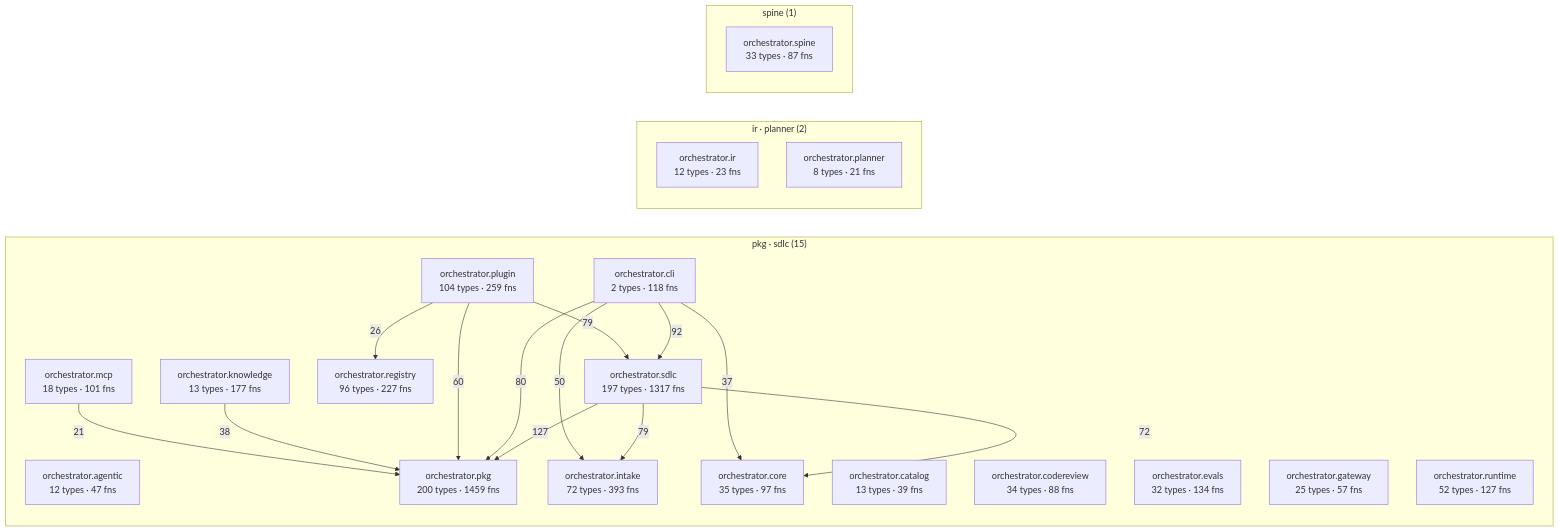
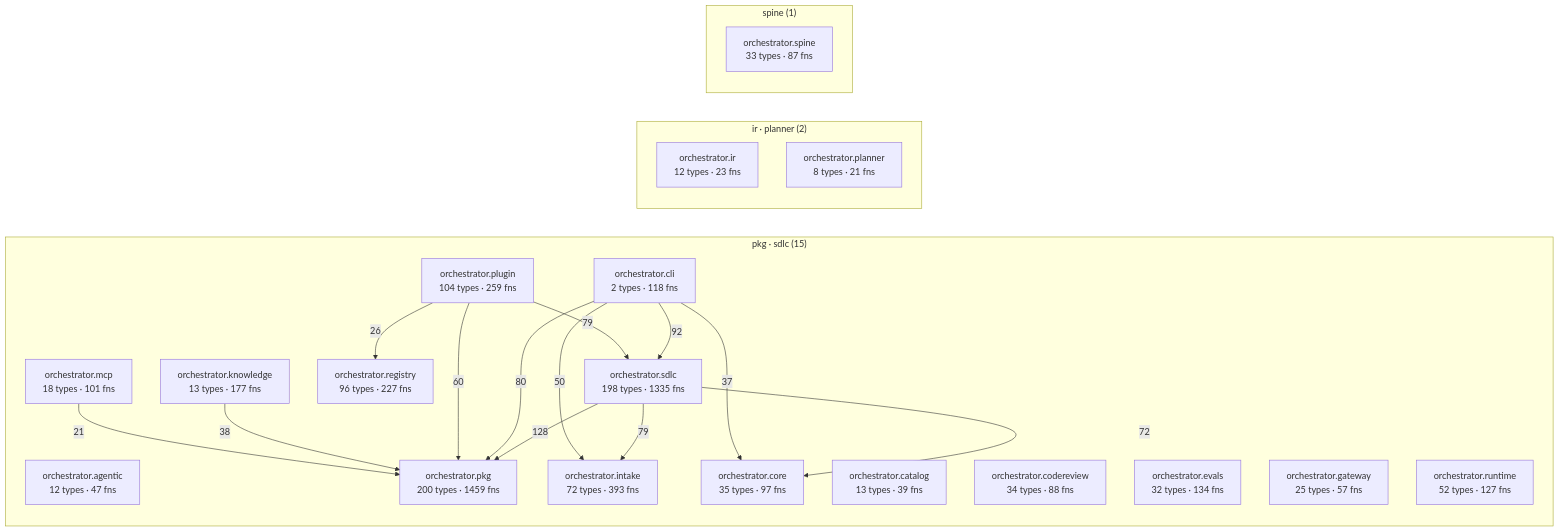
Before and after one commit to synaptixs/spine: the diagram in episteme/architecture.md, drawn with Mermaid. The commit also changed other lines of this file and 19 other files, not shown here.

````diff
--- a/episteme/architecture.md
+++ b/episteme/architecture.md
@@ -56,39 +56,39 @@
 ```mermaid
 flowchart LR
   subgraph c_2["pkg · sdlc (15)"]
     aorchestratoragentic["orchestrator.agentic<br/>12 types · 47 fns"]
     aorchestratorcatalog["orchestrator.catalog<br/>13 types · 39 fns"]
     aorchestratorcli["orchestrator.cli<br/>2 types · 118 fns"]
     aorchestratorcodereview["orchestrator.codereview<br/>34 types · 88 fns"]
     aorchestratorcore["orchestrator.core<br/>35 types · 97 fns"]
     aorchestratorevals["orchestrator.evals<br/>32 types · 134 fns"]
     aorchestratorgateway["orchestrator.gateway<br/>25 types · 57 fns"]
     aorchestratorintake["orchestrator.intake<br/>72 types · 393 fns"]
     aorchestratorknowledge["orchestrator.knowledge<br/>13 types · 177 fns"]
     aorchestratormcp["orchestrator.mcp<br/>18 types · 101 fns"]
     aorchestratorpkg["orchestrator.pkg<br/>200 types · 1459 fns"]
     aorchestratorplugin["orchestrator.plugin<br/>104 types · 259 fns"]
     aorchestratorregistry["orchestrator.registry<br/>96 types · 227 fns"]
     aorchestratorruntime["orchestrator.runtime<br/>52 types · 127 fns"]
-    aorchestratorsdlc["orchestrator.sdlc<br/>197 types · 1317 fns"]
+    aorchestratorsdlc["orchestrator.sdlc<br/>198 types · 1335 fns"]
   end
   subgraph c_6["ir · planner (2)"]
     aorchestratorir["orchestrator.ir<br/>12 types · 23 fns"]
     aorchestratorplanner["orchestrator.planner<br/>8 types · 21 fns"]
   end
   subgraph c_12["spine (1)"]
     aorchestratorspine["orchestrator.spine<br/>33 types · 87 fns"]
   end
-  aorchestratorsdlc -->|127| aorchestratorpkg
+  aorchestratorsdlc -->|128| aorchestratorpkg
   aorchestratorcli -->|92| aorchestratorsdlc
   aorchestratorcli -->|80| aorchestratorpkg
   aorchestratorplugin -->|79| aorchestratorsdlc
   aorchestratorsdlc -->|79| aorchestratorintake
   aorchestratorsdlc -->|72| aorchestratorcore
   aorchestratorplugin -->|60| aorchestratorpkg
   aorchestratorcli -->|50| aorchestratorintake
   aorchestratorknowledge -->|38| aorchestratorpkg
   aorchestratorcli -->|37| aorchestratorcore
   aorchestratorplugin -->|26| aorchestratorregistry
   aorchestratormcp -->|21| aorchestratorpkg
 ```
````
